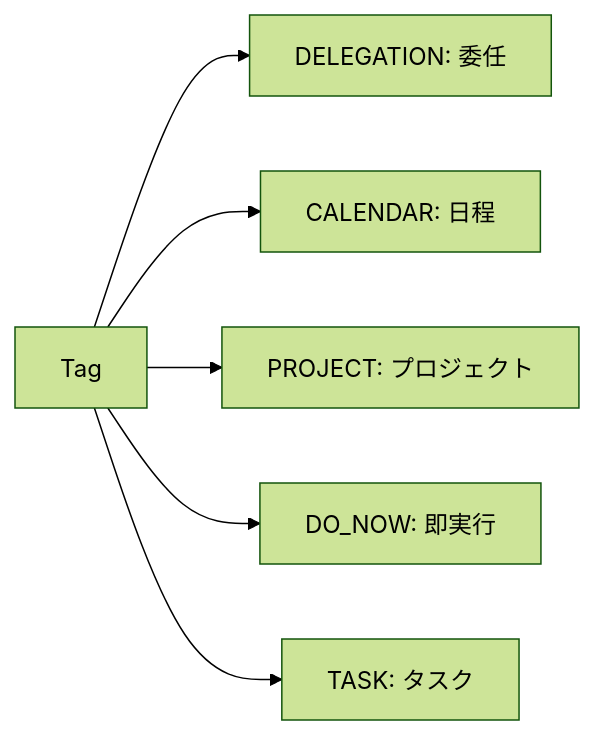
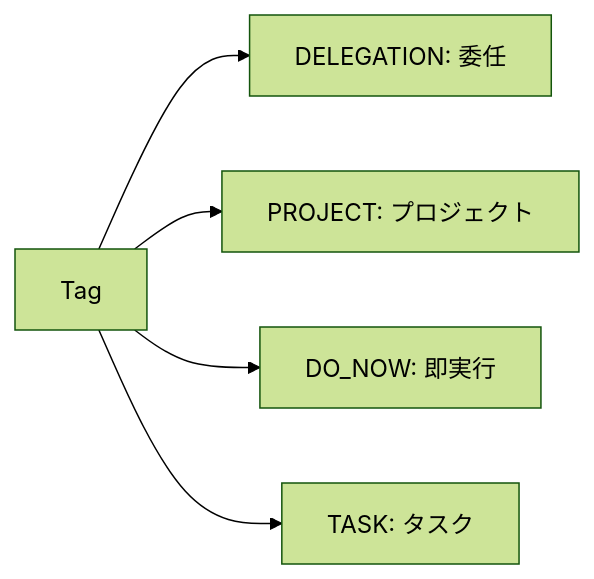
The fourth of 7 diagrams in docs/design/architecture.md (teppei19980914/Defrago), drawn with Mermaid (forest theme) before and after one commit. The commit also changed other lines of this file and 5 other files, not shown here.

````diff
--- a/docs/design/architecture.md
+++ b/docs/design/architecture.md
@@ -201,8 +210,7 @@
 ```mermaid
 graph LR
     T[Tag] --> DELEGATION[DELEGATION: 委任]
-    T --> CALENDAR[CALENDAR: 日程]
     T --> PROJECT[PROJECT: プロジェクト]
     T --> DO_NOW[DO_NOW: 即実行]
     T --> TASK[TASK: タスク]
 ```
````
